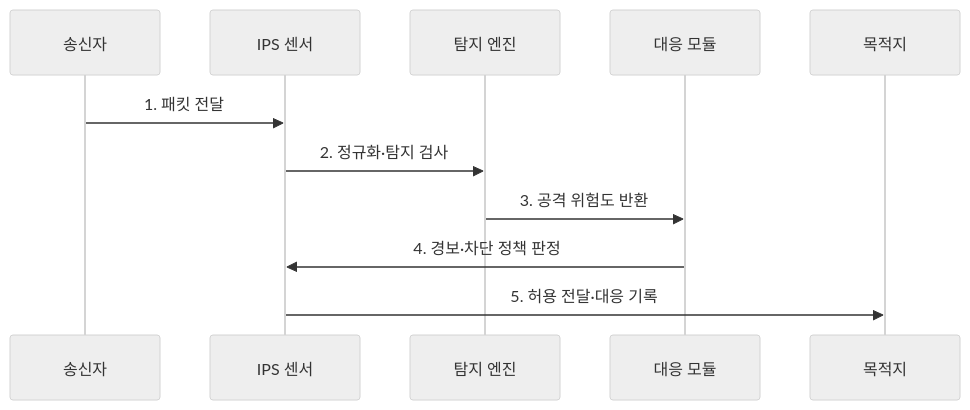
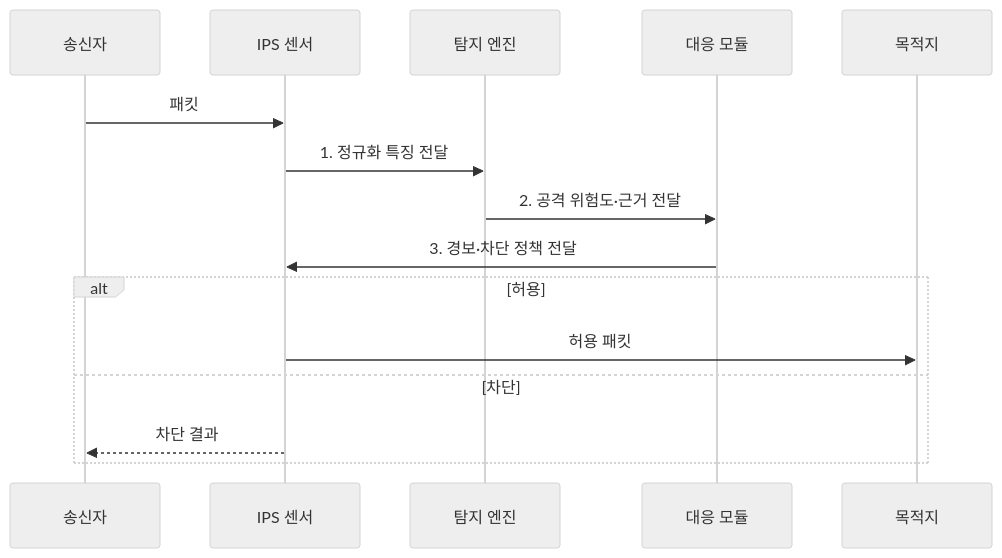
One commit to agnusdei1207/knowledge-base changed the second of 2 diagrams in src/content/docs/notes/05-security/023_ids_ips.md. Above: the diagram before and after it, drawn with Mermaid (neutral theme). The commit also changed other lines of this file and 20 other files, not shown here.

````diff
--- a/src/content/docs/notes/05-security/023_ids_ips.md
+++ b/src/content/docs/notes/05-security/023_ids_ips.md
@@ -84,13 +84,17 @@
 ```mermaid
 sequenceDiagram
     participant S as 송신자
     participant I as IPS 센서
     participant E as 탐지 엔진
     participant R as 대응 모듈
     participant D as 목적지
-    S->>I: 1. 패킷 전달
-    I->>E: 2. 정규화·탐지 검사
-    E->>R: 3. 공격 위험도 반환
-    R->>I: 4. 경보·차단 정책 판정
-    I->>D: 5. 허용 전달·대응 기록
+    S->>I: 패킷
+    I->>E: 1. 정규화 특징 전달
+    E->>R: 2. 공격 위험도·근거 전달
+    R->>I: 3. 경보·차단 정책 전달
+    alt 허용
+        I->>D: 허용 패킷
+    else 차단
+        I-->>S: 차단 결과
+    end
 ```
````
